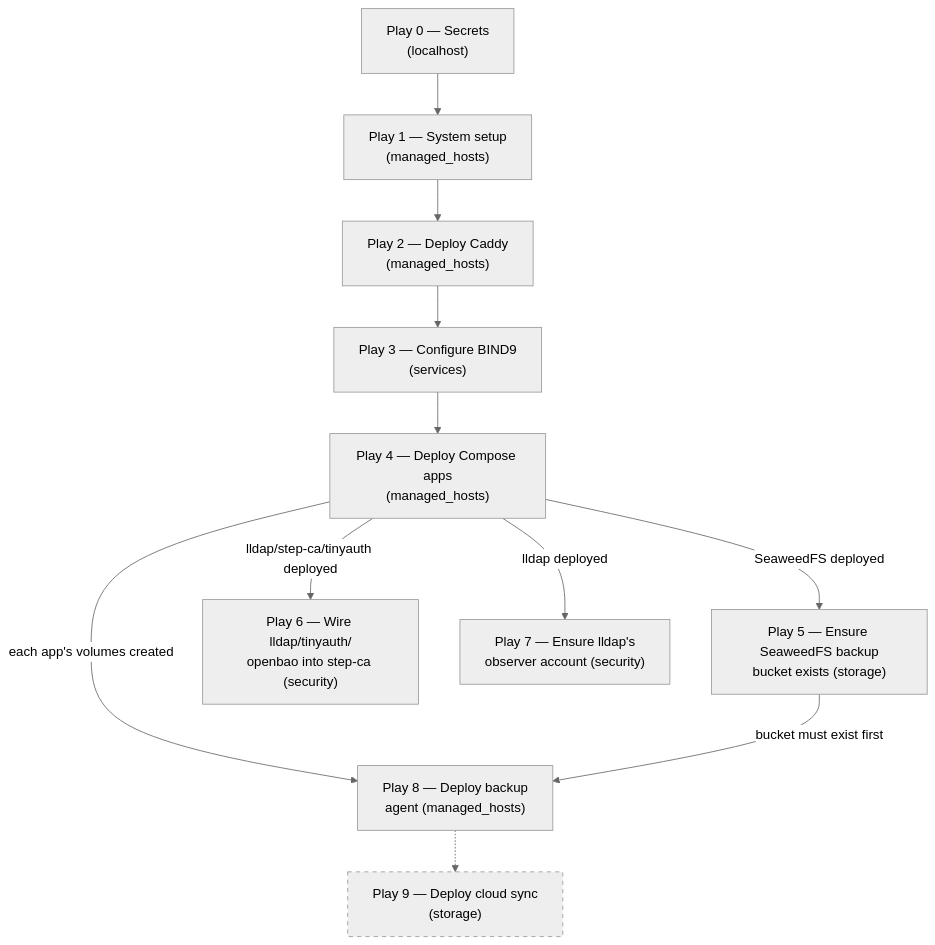
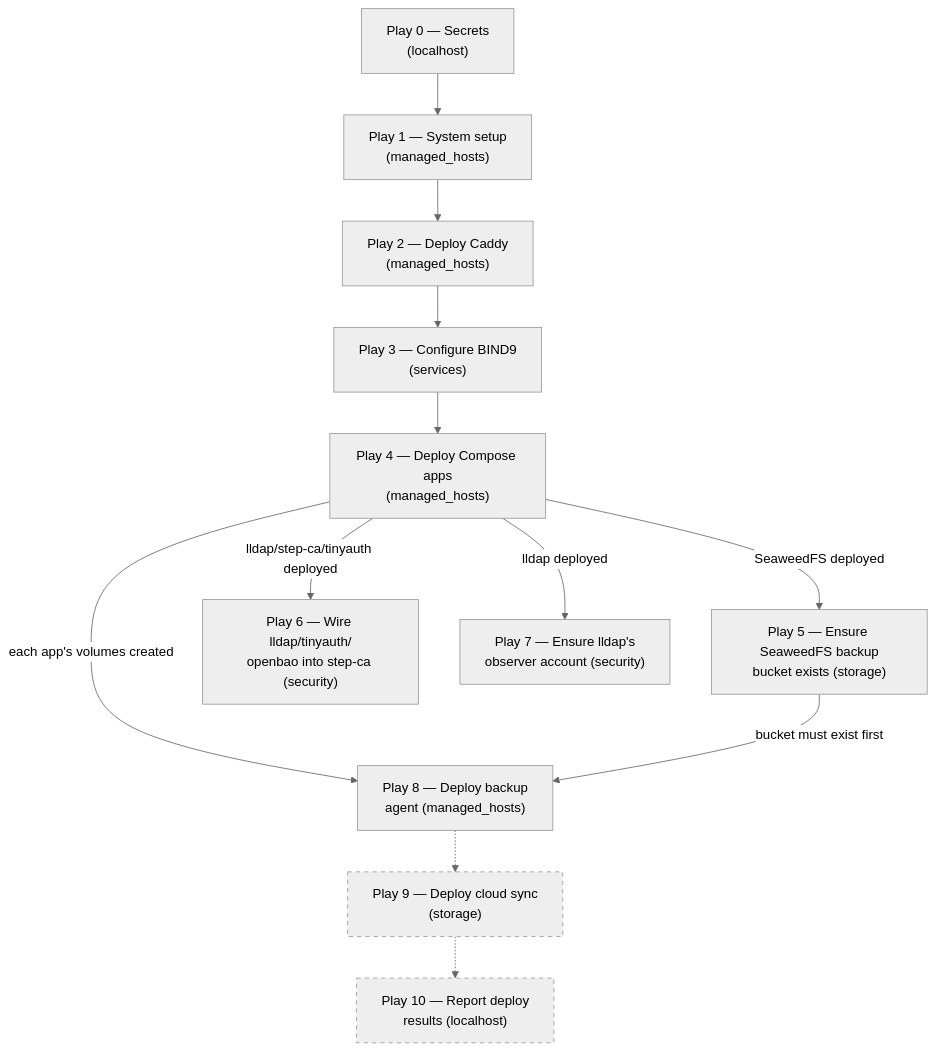
The diagram in docs/topics/deploy/deployment-flow.md (wenenhoe/homelab), drawn with Mermaid (neutral theme) before and after one commit. The commit also changed other lines of this file and 6 other files, not shown here.

First line of the commit message:
feat: report every app's deploy result together at the end of a deploy

````diff
--- a/docs/topics/deploy/deployment-flow.md
+++ b/docs/topics/deploy/deployment-flow.md
@@ -8,23 +8,26 @@
 ```mermaid
 flowchart TD
     p0["Play 0 — Secrets<br/>(localhost)"]
     p1["Play 1 — System setup<br/>(managed_hosts)"]
     p2["Play 2 — Deploy Caddy<br/>(managed_hosts)"]
     p3["Play 3 — Configure BIND9<br/>(services)"]
     p4["Play 4 — Deploy Compose apps<br/>(managed_hosts)"]
     p5["Play 5 — Ensure SeaweedFS backup<br/>bucket exists (storage)"]
     p6["Play 6 — Wire lldap/tinyauth/<br/>openbao into step-ca (security)"]
     p7["Play 7 — Ensure lldap's<br/>observer account (security)"]
     p8["Play 8 — Deploy backup<br/>agent (managed_hosts)"]
     p9["Play 9 — Deploy cloud sync<br/>(storage)"]
+    p10["Play 10 — Report deploy<br/>results (localhost)"]
 
     p0 --> p1 --> p2 --> p3 --> p4
     p4 -- "SeaweedFS deployed" --> p5
     p4 -- "lldap/step-ca/tinyauth deployed" --> p6
     p4 -- "lldap deployed" --> p7
     p4 -- "each app's volumes created" --> p8
     p5 -- "bucket must exist first" --> p8
     p8 -.-> p9
+    p9 -.-> p10
 
     style p9 stroke-dasharray: 5 5
+    style p10 stroke-dasharray: 5 5
 ```
````
